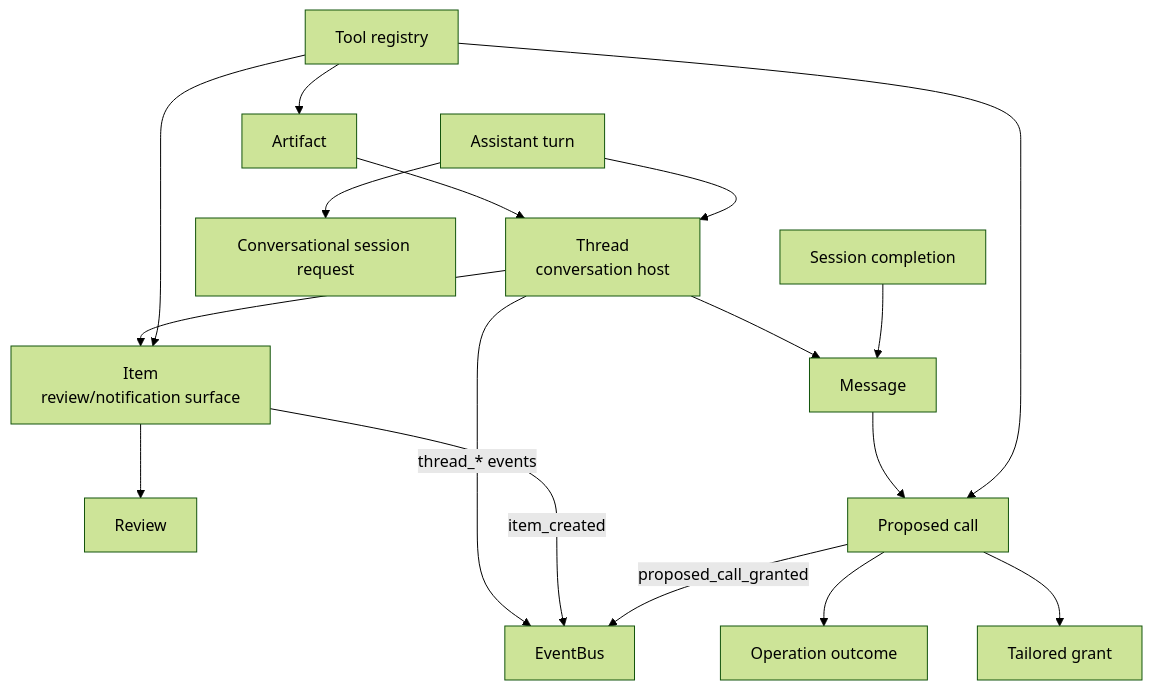
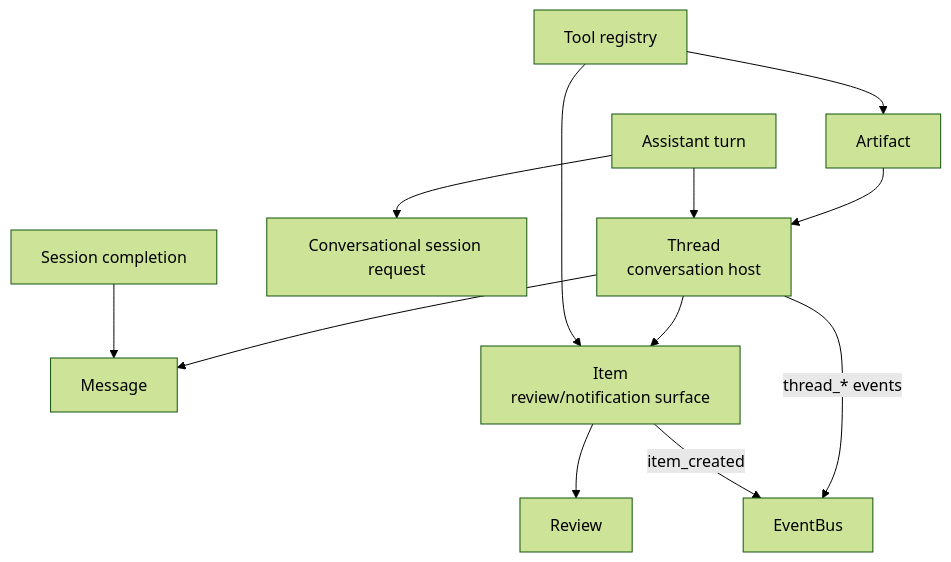
One commit to idle-builders/hyperidle changed the fifth of 12 diagrams in docs/architecture/as-implemented-domain-architecture.md. Above: the diagram before and after it, drawn with Mermaid (forest theme). The commit also changed other lines of this file and 102 other files, not shown here.

````diff
--- a/docs/architecture/as-implemented-domain-architecture.md
+++ b/docs/architecture/as-implemented-domain-architecture.md
@@ -165,30 +164,22 @@
 ```mermaid
 flowchart TB
   Thread["Thread\nconversation host"]
   Message["Message"]
   Item["Item\nreview/notification surface"]
   Review["Review"]
   Artifact["Artifact"]
-  ProposedCall["Proposed call"]
-  Grant["Tailored grant"]
-  Outcome["Operation outcome"]
 
   Thread --> Message
   Thread --> Item
   Item --> Review
   Artifact --> Thread
-  Message --> ProposedCall
-  ProposedCall --> Grant
-  ProposedCall --> Outcome
 
   AssistantTurn["Assistant turn"] --> Thread
   AssistantTurn --> SessionRequest["Conversational session request"]
   SessionResult["Session completion"] --> Message
   ToolRegistry["Tool registry"] --> Artifact
   ToolRegistry --> Item
-  ToolRegistry --> ProposedCall
 
   Thread -- "thread_* events" --> Events["EventBus"]
   Item -- "item_created" --> Events
-  ProposedCall -- "proposed_call_granted" --> Events
 ```
````
